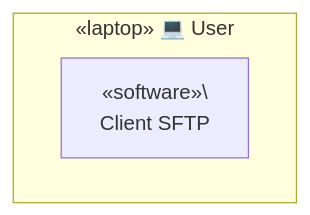
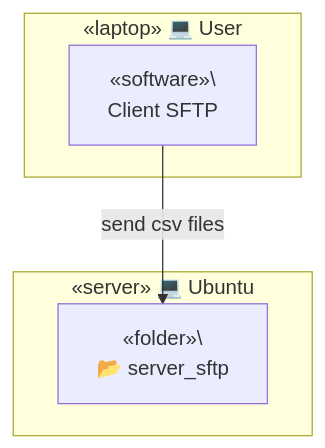
One commit to TrulyDigital/DATA_STREET changed the second of 4 diagrams in server_sftp/README.md. Above: the diagram before and after it, drawn with Mermaid. The commit also changed other lines of this file, not shown here.

Commit message:
update: server_sftp README.md

````diff
--- a/server_sftp/README.md
+++ b/server_sftp/README.md
@@ -14,6 +14,13 @@
 ```mermaid
 graph TD
+    
     subgraph Container_A [«laptop» 💻 User]
         A1[«software»\<br> Client SFTP]
     end
+
+    subgraph Container_B [«server» 💻 Ubuntu]
+        B1[«folder»\<br/> 📂 server_sftp]
+    end
+
+    A1 -- send csv files --> B1
 ```
````
